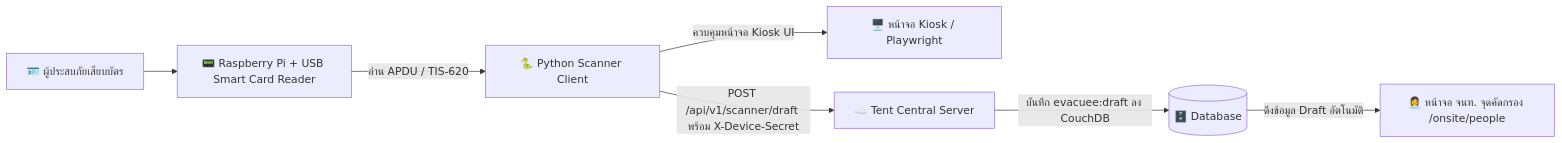
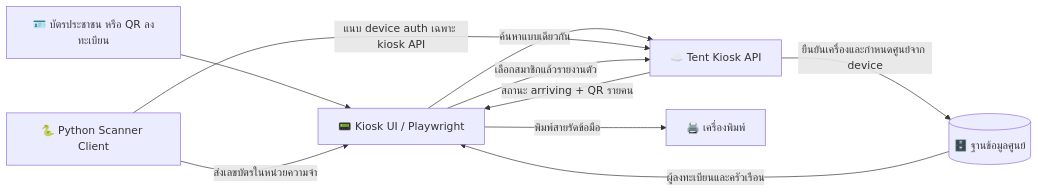
The diagram in scanner_client/README.md (r202-coe-psu/tent), drawn with Mermaid before and after one commit. The commit also changed other lines of this file and 1 other file, not shown here.

Commit message:
feat(scanner): route card identity to kiosk check-in

````diff
--- a/scanner_client/README.md
+++ b/scanner_client/README.md
@@ -26,9 +27,12 @@
 ```mermaid
 flowchart LR
-    A[🪪 ผู้ประสบภัยเสียบบัตร] --> B[📟 Raspberry Pi + USB Smart Card Reader]
-    B -->|อ่าน APDU / TIS-620| C[🐍 Python Scanner Client]
-    C -->|ควบคุมหน้าจอ Kiosk UI| D[🖥️ หน้าจอ Kiosk / Playwright]
-    C -->|POST /api/v1/scanner/draft พร้อม X-Device-Secret| E[☁️ Tent Central Server]
-    E -->|บันทึก evacuee:draft ลง CouchDB| F[(🗄️ Database)]
-    F -->|ดึงข้อมูล Draft อัตโนมัติ| G[👩‍💼 หน้าจอ จนท. จุดคัดกรอง /onsite/people]
+    A[🪪 บัตรประชาชน หรือ QR ลงทะเบียน] --> B[📟 Kiosk UI / Playwright]
+    B -->|ค้นหาแบบเดียวกัน| C[☁️ Tent Kiosk API]
+    D[🐍 Python Scanner Client] -->|ส่งเลขบัตรในหน่วยความจำ| B
+    D -->|แนบ device auth เฉพาะ kiosk API| C
+    C -->|ยืนยันเครื่องและกำหนดศูนย์จาก device| E[(🗄️ ฐานข้อมูลศูนย์)]
+    E -->|ผู้ลงทะเบียนและครัวเรือน| B
+    B -->|เลือกสมาชิกแล้วรายงานตัว| C
+    C -->|สถานะ arriving + QR รายคน| B
+    B -->|พิมพ์สายรัดข้อมือ| F[🖨️ เครื่องพิมพ์]
 ```
````
